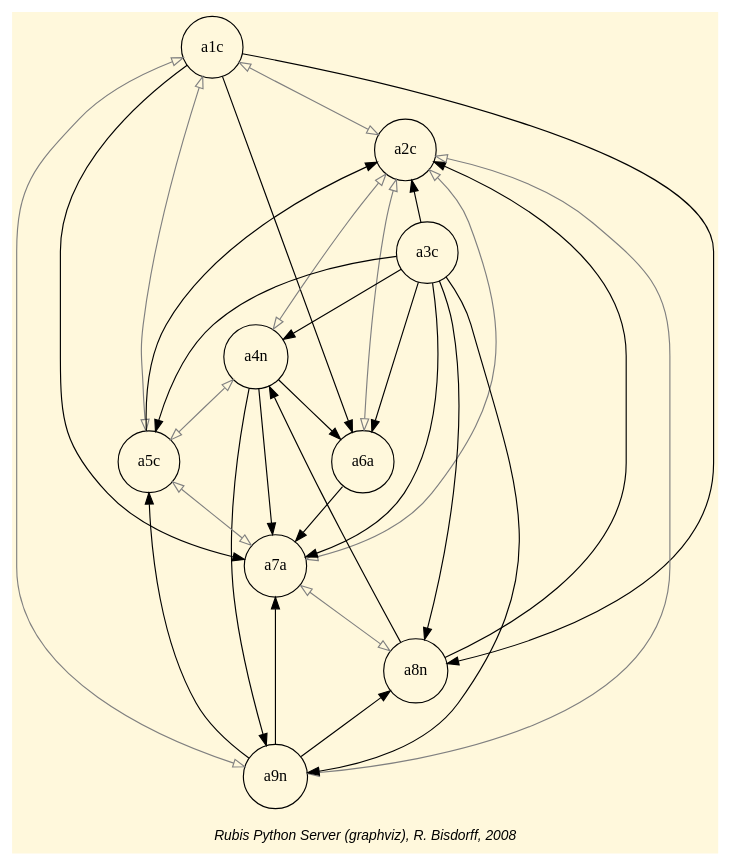
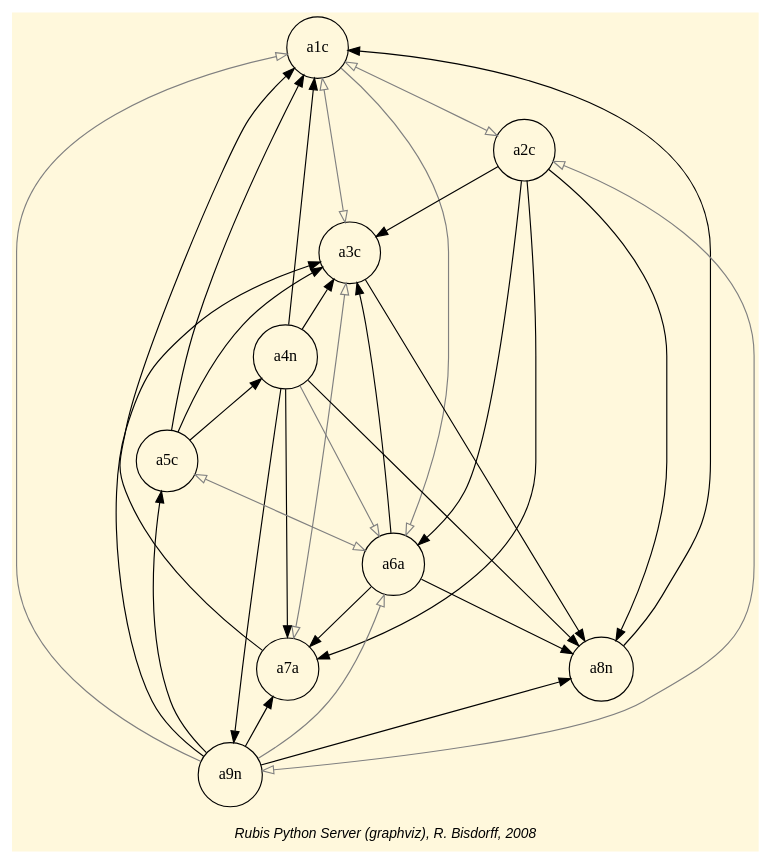
The diagram in docSphinx/rankingTutorial.dot (rbisdorff/Digraph3), drawn with Graphviz before and after one commit. The commit also changed 24 other files, not shown here.

```diff
--- a/docSphinx/rankingTutorial.dot
+++ b/docSphinx/rankingTutorial.dot
@@ -1,44 +1,45 @@
 digraph G {
 graph [ bgcolor = cornsilk, fontname = "Helvetica-Oblique",
  fontsize = 12,
  label = "\nRubis Python Server (graphviz), R. Bisdorff, 2008", size="7,7"];
 n1 [shape = "circle", label = "a1c"];
 n2 [shape = "circle", label = "a2c"];
 n3 [shape = "circle", label = "a3c"];
 n4 [shape = "circle", label = "a4n"];
 n5 [shape = "circle", label = "a5c"];
 n6 [shape = "circle", label = "a6a"];
 n7 [shape = "circle", label = "a7a"];
 n8 [shape = "circle", label = "a8n"];
 n9 [shape = "circle", label = "a9n"];
 n1-> n2 [dir=both, color=grey, arrowhead=empty, arrowtail=empty] ;
-n1-> n5 [dir=both, color=grey, arrowhead=empty, arrowtail=empty] ;
-n1-> n6 [dir=forward, color=black] ;
-n1-> n7 [dir=forward, color=black] ;
-n1-> n8 [dir=forward, color=black] ;
-n1-> n9 [dir=both, color=grey, arrowhead=empty, arrowtail=empty] ;
-n2-> n3 [dir=back, color=black] ;
-n2-> n4 [dir=both, color=grey, arrowhead=empty, arrowtail=empty] ;
-n2-> n5 [dir=back, color=black] ;
-n2-> n6 [dir=both, color=grey, arrowhead=empty, arrowtail=empty] ;
-n2-> n7 [dir=both, color=grey, arrowhead=empty, arrowtail=empty] ;
-n2-> n8 [dir=back, color=black] ;
+n1-> n3 [dir=both, color=grey, arrowhead=empty, arrowtail=empty] ;
+n1-> n4 [dir=back, color=black] ;
+n1-> n5 [dir=back, color=black] ;
+n1-> n6 [dir=forward, color=grey, arrowhead=empty] ;
+n1-> n7 [dir=back, color=black] ;
+n1-> n8 [dir=back, color=black] ;
+n1-> n9 [dir=back, color=grey, arrowtail=empty] ;
+n2-> n3 [dir=forward, color=black] ;
+n2-> n6 [dir=forward, color=black] ;
+n2-> n7 [dir=forward, color=black] ;
+n2-> n8 [dir=forward, color=black] ;
 n2-> n9 [dir=both, color=grey, arrowhead=empty, arrowtail=empty] ;
-n3-> n4 [dir=forward, color=black] ;
-n3-> n5 [dir=forward, color=black] ;
-n3-> n6 [dir=forward, color=black] ;
-n3-> n7 [dir=forward, color=black] ;
+n3-> n4 [dir=back, color=black] ;
+n3-> n5 [dir=back, color=black] ;
+n3-> n6 [dir=back, color=black] ;
+n3-> n7 [dir=both, color=grey, arrowhead=empty, arrowtail=empty] ;
 n3-> n8 [dir=forward, color=black] ;
-n3-> n9 [dir=forward, color=black] ;
-n4-> n5 [dir=both, color=grey, arrowhead=empty, arrowtail=empty] ;
-n4-> n6 [dir=forward, color=black] ;
+n3-> n9 [dir=back, color=black] ;
+n4-> n5 [dir=back, color=black] ;
+n4-> n6 [dir=forward, color=grey, arrowhead=empty] ;
 n4-> n7 [dir=forward, color=black] ;
-n4-> n8 [dir=back, color=black] ;
+n4-> n8 [dir=forward, color=black] ;
 n4-> n9 [dir=forward, color=black] ;
-n5-> n7 [dir=both, color=grey, arrowhead=empty, arrowtail=empty] ;
+n5-> n6 [dir=both, color=grey, arrowhead=empty, arrowtail=empty] ;
 n5-> n9 [dir=back, color=black] ;
 n6-> n7 [dir=forward, color=black] ;
-n7-> n8 [dir=both, color=grey, arrowhead=empty, arrowtail=empty] ;
+n6-> n8 [dir=forward, color=black] ;
+n6-> n9 [dir=back, color=grey, arrowtail=empty] ;
 n7-> n9 [dir=back, color=black] ;
 n8-> n9 [dir=back, color=black] ;
 }
```
